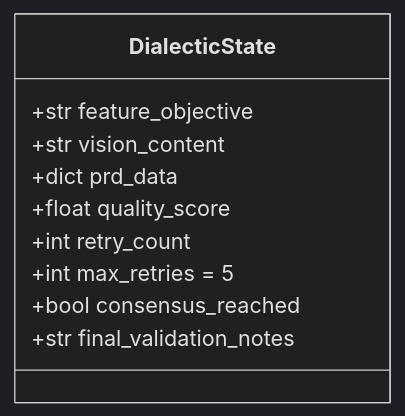
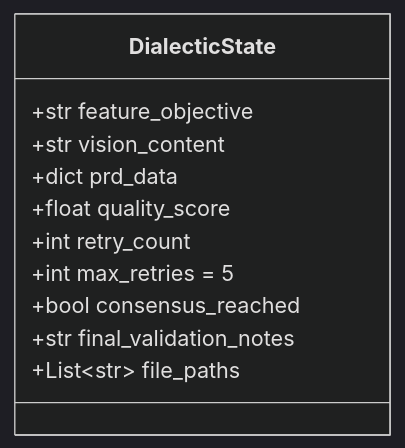
The third of 4 diagrams in docs/schemas.md (darthlinuxer/dialectic-crew-ai), drawn with Mermaid (dark theme) before and after one commit. The commit also changed other lines of this file and 7 other files, not shown here.

````diff
--- a/docs/schemas.md
+++ b/docs/schemas.md
@@ -287,13 +287,14 @@
 ```mermaid
 classDiagram
     class DialecticState {
         +str feature_objective
         +str vision_content
         +dict prd_data
         +float quality_score
         +int retry_count
         +int max_retries = 5
         +bool consensus_reached
         +str final_validation_notes
+        +List~str~ file_paths
     }
 ```
````
